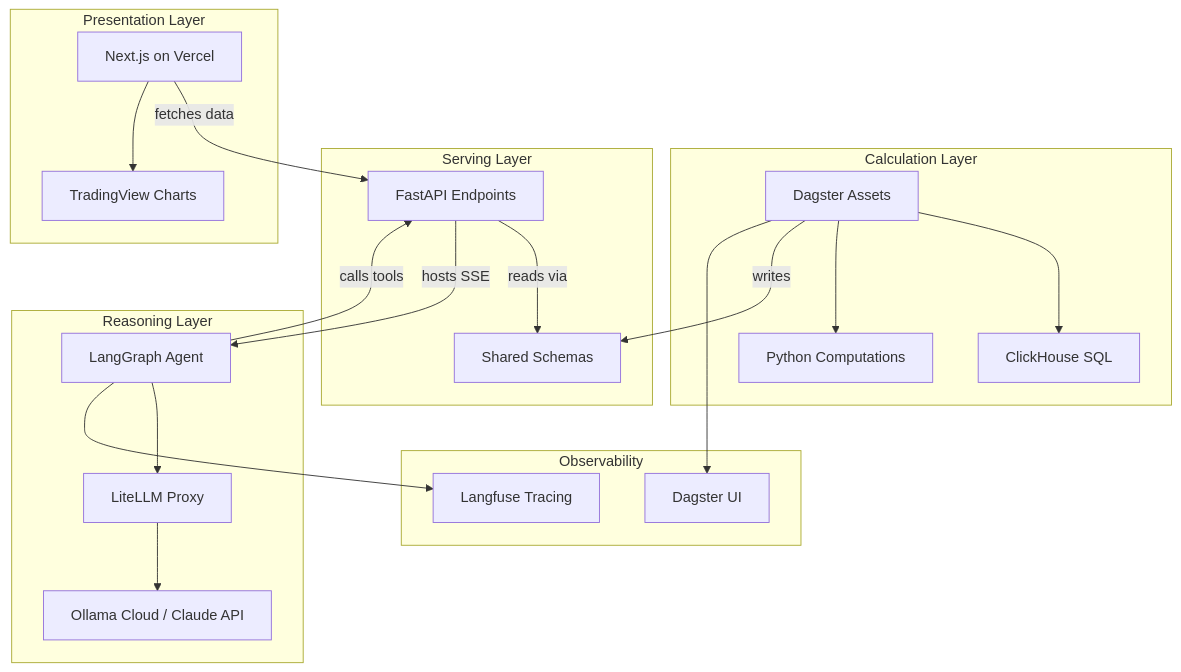
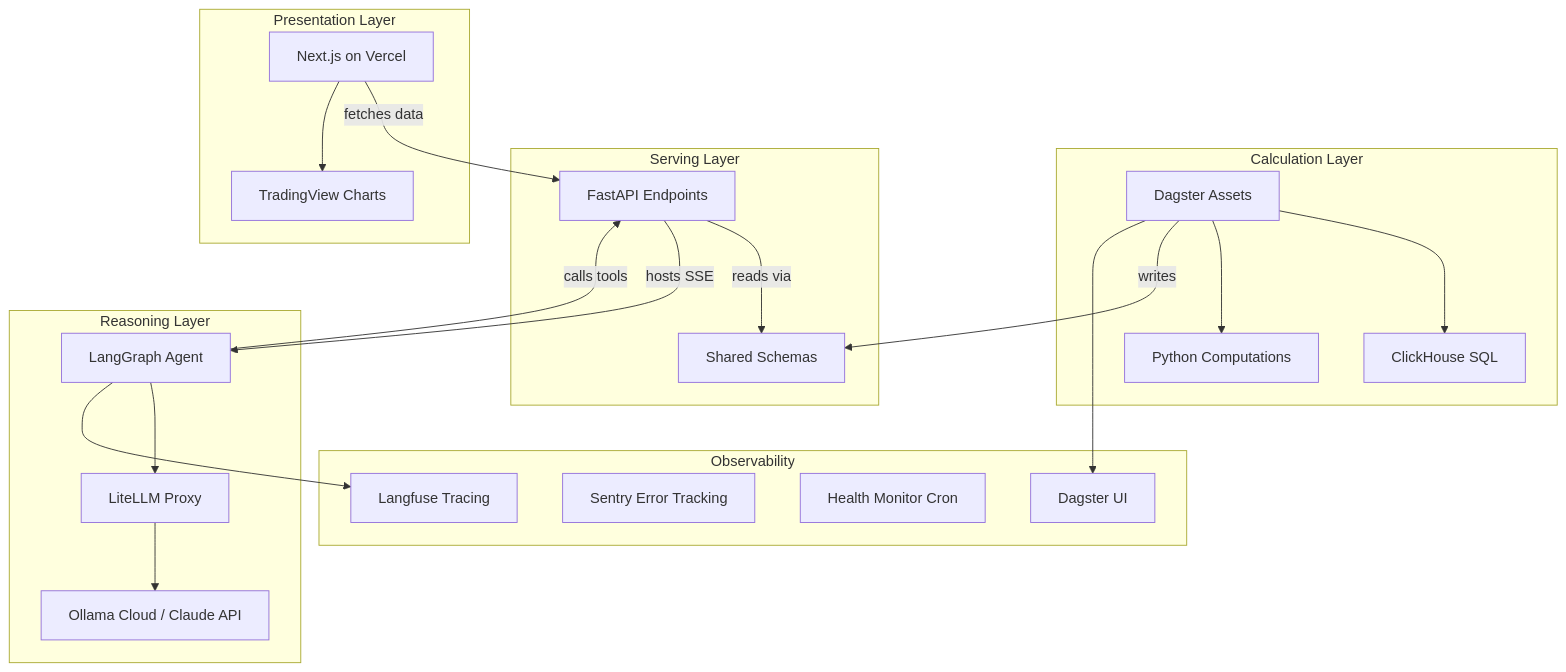
Before and after one commit to noahwins-ng/equity-data-agent: the second of 2 diagrams in docs/project-requirement.md, drawn with Mermaid. The commit also changed other lines of this file and 15 other files, not shown here.

First line of the commit message:
docs: harden dev workflow — /review, rollback, health monitor, 10 command fixes (#25)

````diff
--- a/docs/project-requirement.md
+++ b/docs/project-requirement.md
@@ -115,41 +115,43 @@
 ```mermaid
 graph TD
     subgraph Calculation Layer
         D[Dagster Assets]
         SQL[ClickHouse SQL]
         PY[Python Computations]
     end
 
     subgraph Serving Layer
         FA[FastAPI Endpoints]
         SC[Shared Schemas]
     end
 
     subgraph Reasoning Layer
         LG[LangGraph Agent]
         LIT[LiteLLM Proxy]
         OLL[Ollama Cloud / Claude API]
     end
 
     subgraph Presentation Layer
         NX[Next.js on Vercel]
         TV[TradingView Charts]
     end
 
     subgraph Observability
         LF[Langfuse Tracing]
+        SE[Sentry Error Tracking]
+        HM[Health Monitor Cron]
         DUI[Dagster UI]
     end
 
     D --> SQL
     D --> PY
     D -->|writes| SC
     FA -->|reads via| SC
     LG -->|calls tools| FA
     FA -->|hosts SSE| LG
     NX -->|fetches data| FA
     NX --> TV
     LG --> LIT --> OLL
     LG --> LF
     D --> DUI
 ```
````
